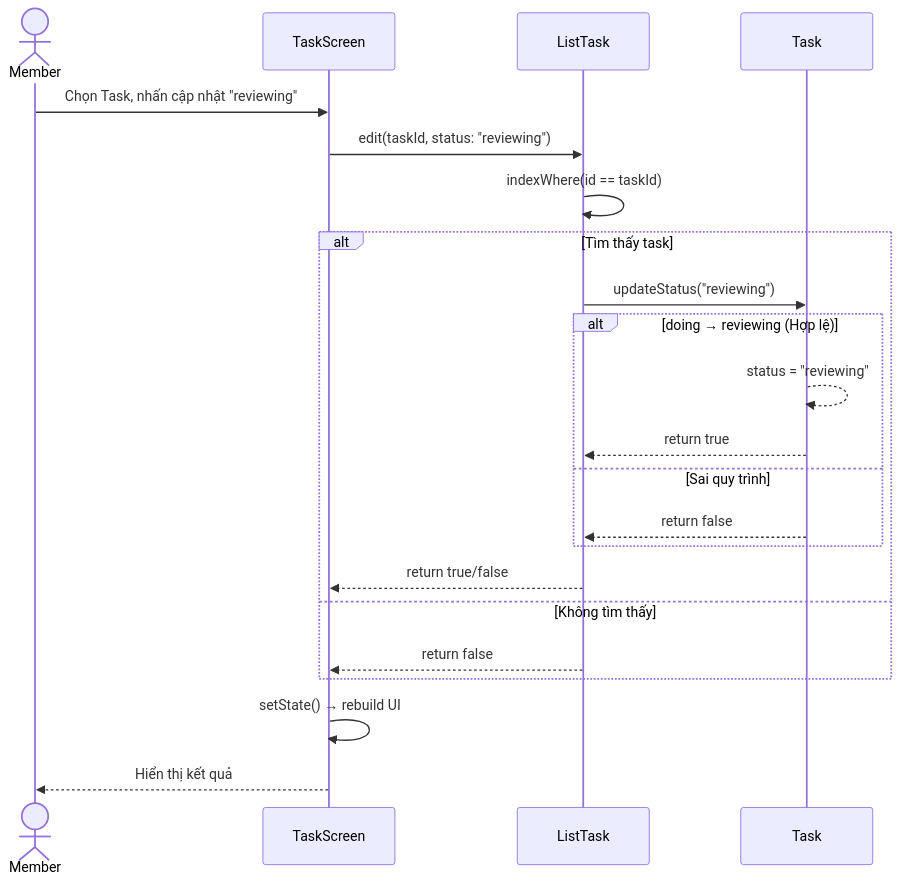
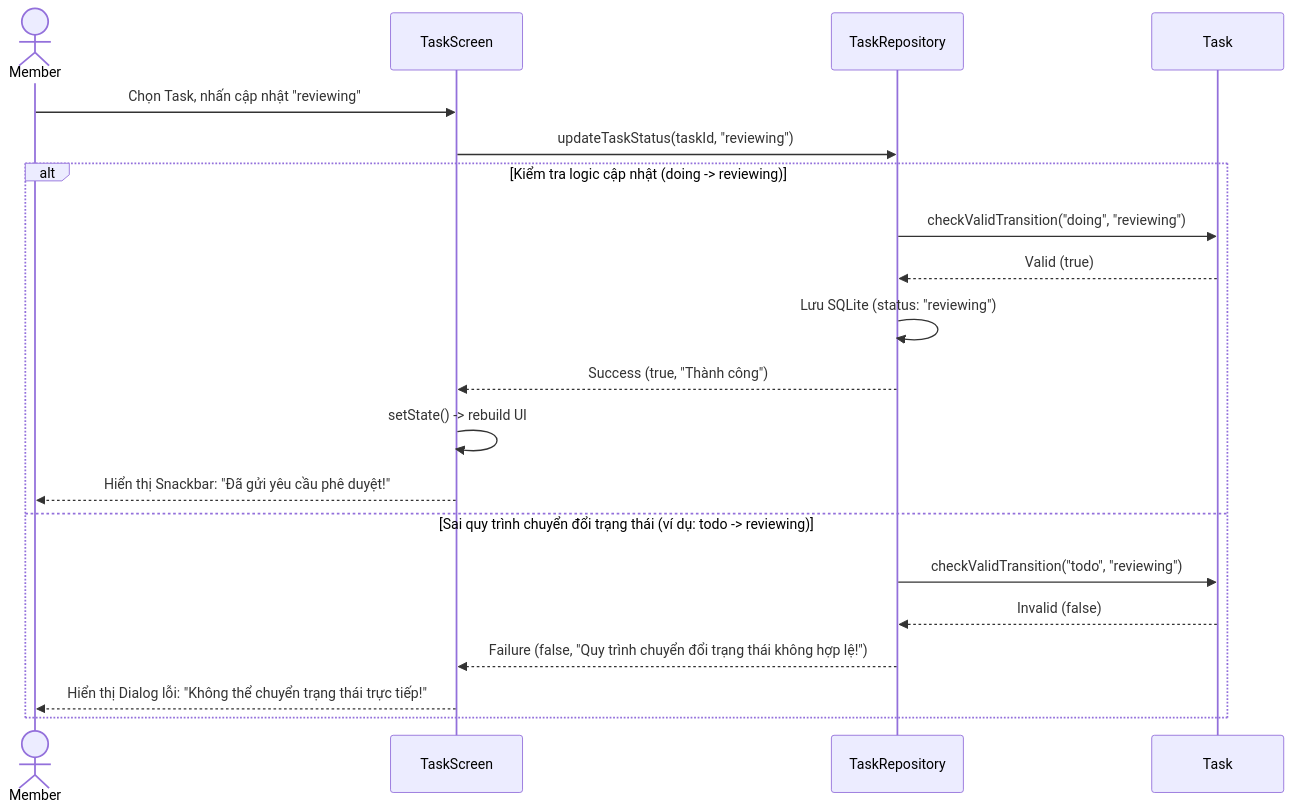
One commit to ttt-huong/TaskFlow_Huong_Thuong_Cuong_N03_1_2026 changed the ninth of 19 diagrams in docs/uml_va_luong_hoat_dong.md. Above: the diagram before and after it, drawn with Mermaid. The commit also changed other lines of this file and 15 other files, not shown here.

````diff
--- a/docs/uml_va_luong_hoat_dong.md
+++ b/docs/uml_va_luong_hoat_dong.md
@@ -312,29 +322,24 @@
 ```mermaid
 sequenceDiagram
     actor Member
     participant Screen as TaskScreen
-    participant ListTask as ListTask
+    participant Repo as TaskRepository
     participant Task as Task
 
     Member->>Screen: Chọn Task, nhấn cập nhật "reviewing"
-    Screen->>ListTask: edit(taskId, status: "reviewing")
-    ListTask->>ListTask: indexWhere(id == taskId)
+    Screen->>Repo: updateTaskStatus(taskId, "reviewing")
     
-    alt Tìm thấy task
-        ListTask->>Task: updateStatus("reviewing")
-        
-        alt doing → reviewing (Hợp lệ)
-            Task-->>Task: status = "reviewing"
-            Task-->>ListTask: return true
-        else Sai quy trình
-            Task-->>ListTask: return false
-        end
-        
-        ListTask-->>Screen: return true/false
-    else Không tìm thấy
-        ListTask-->>Screen: return false
+    alt Kiểm tra logic cập nhật (doing -> reviewing)
+        Repo->>Task: checkValidTransition("doing", "reviewing")
+        Task-->>Repo: Valid (true)
+        Repo->>Repo: Lưu SQLite (status: "reviewing")
+        Repo-->>Screen: Success (true, "Thành công")
+        Screen->>Screen: setState() -> rebuild UI
+        Screen-->>Member: Hiển thị Snackbar: "Đã gửi yêu cầu phê duyệt!"
+    else Sai quy trình chuyển đổi trạng thái (ví dụ: todo -> reviewing)
+        Repo->>Task: checkValidTransition("todo", "reviewing")
+        Task-->>Repo: Invalid (false)
+        Repo-->>Screen: Failure (false, "Quy trình chuyển đổi trạng thái không hợp lệ!")
+        Screen-->>Member: Hiển thị Dialog lỗi: "Không thể chuyển trạng thái trực tiếp!"
     end
-    
-    Screen->>Screen: setState() → rebuild UI
-    Screen-->>Member: Hiển thị kết quả
 ```
````
